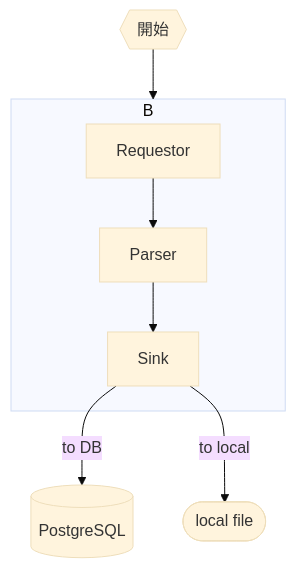
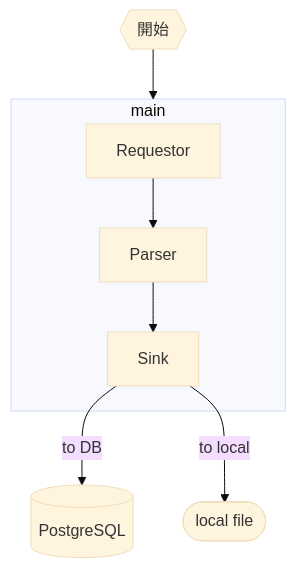
Before and after one commit to wulipower2000/Crawler: the diagram in README.md, drawn with Mermaid (base theme).

Commit message:
ReadME fix box name

````diff
--- a/README.md
+++ b/README.md
@@ -6,16 +6,16 @@
 ```mermaid
 
 graph TD;
-	A{{開始}} --> B[main]
+	A{{開始}} --> main[main]
 
-	subgraph B
+	subgraph main
 		B1[Requestor];
 		B2[Parser];
 		B3[Sink];
 		B1 --> B2;
 		B2 --> B3;
 	end
 
 B3 -->|to DB| D1[(PostgreSQL)]
 B3 -->|to local| D2([local file])
 ```
````
